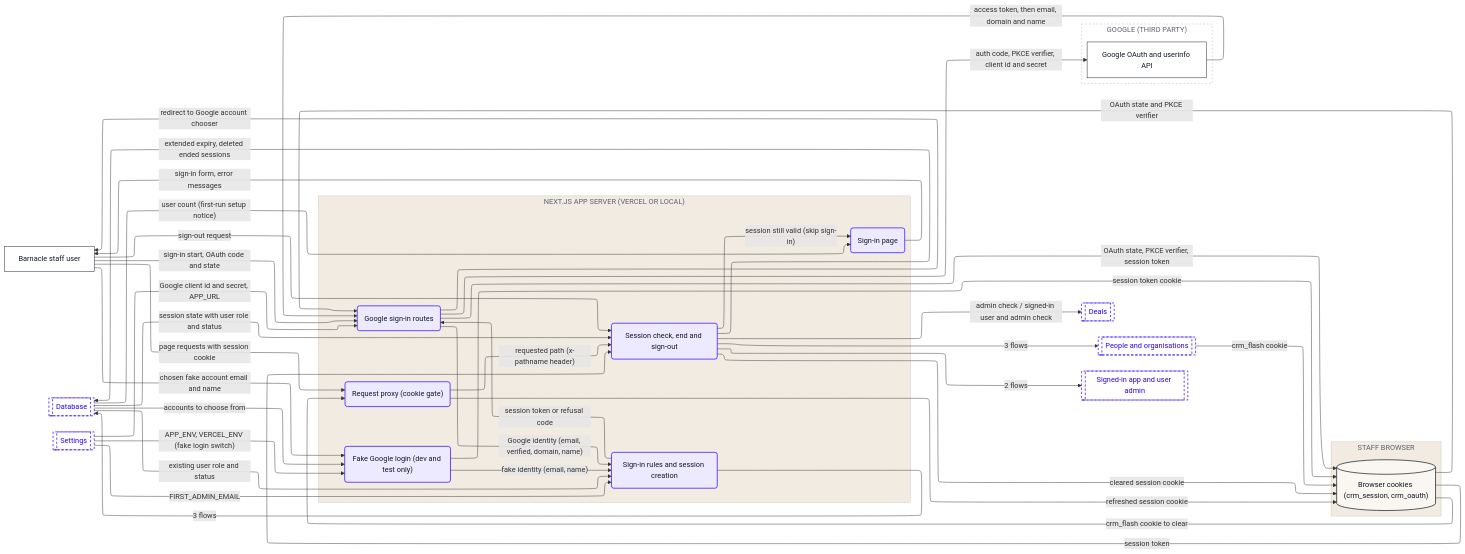
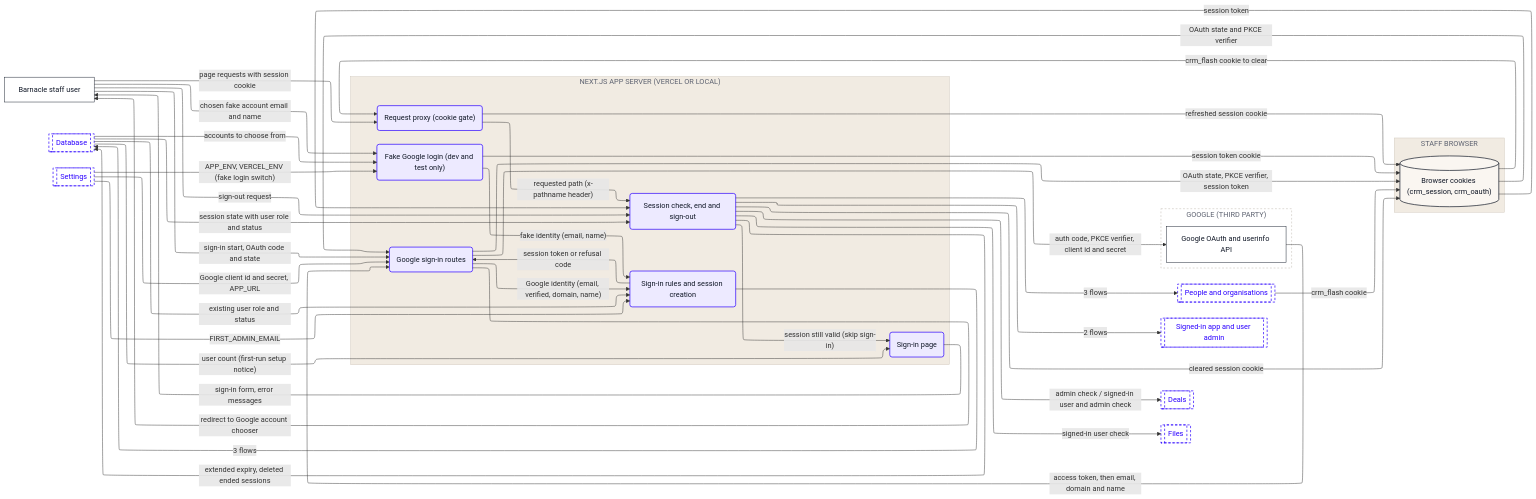
One commit to Romain-Perche/Barnacle-Pipe changed the tenth of 11 diagrams in dataflow/DATAFLOW.md. Above: the diagram before and after it, drawn with Mermaid. The commit also changed other lines of this file and 12 other files, not shown here.

````diff
--- a/dataflow/DATAFLOW.md
+++ b/dataflow/DATAFLOW.md
@@ -478,73 +553,75 @@
 ```mermaid
 ---
 config:
   layout: elk
 ---
 flowchart LR
     n1["Barnacle staff user"]
     subgraph z1["NEXT.JS APP SERVER (VERCEL OR LOCAL)"]
         n2("Sign-in rules and session creation")
         n3("Fake Google login (dev and test only)")
         n4("Google sign-in routes")
         n5("Request proxy (cookie gate)")
         n6("Session check, end and sign-out")
         n7("Sign-in page")
     end
     subgraph z2["STAFF BROWSER"]
         n8[("Browser cookies (crm_session, crm_oauth)")]
     end
     subgraph z3["GOOGLE (THIRD PARTY)"]
         n9["Google OAuth and userinfo API"]
     end
     n10[["Database"]]
     n11[["Deals"]]
-    n12[["People and organisations"]]
-    n13[["Settings"]]
-    n14[["Signed-in app and user admin"]]
+    n12[["Files"]]
+    n13[["People and organisations"]]
+    n14[["Settings"]]
+    n15[["Signed-in app and user admin"]]
     n8 -->|"OAuth state and PKCE verifier"| n4
     n8 -->|"crm_flash cookie to clear"| n5
     n8 -->|"session token"| n6
     n2 -->|"session token or refusal code"| n4
     n2 -->|"3 flows"| n10
-    n13 -->|"FIRST_ADMIN_EMAIL"| n2
-    n13 -->|"APP_ENV, VERCEL_ENV (fake login switch)"| n3
-    n13 -->|"Google client id and secret, APP_URL"| n4
+    n14 -->|"FIRST_ADMIN_EMAIL"| n2
+    n14 -->|"APP_ENV, VERCEL_ENV (fake login switch)"| n3
+    n14 -->|"Google client id and secret, APP_URL"| n4
     n3 -->|"session token cookie"| n8
     n3 -->|"fake identity (email, name)"| n2
     n4 -->|"OAuth state, PKCE verifier, session token"| n8
     n4 -->|"Google identity (email, verified, domain, name)"| n2
     n4 -->|"auth code, PKCE verifier, client id and secret"| n9
     n4 -->|"redirect to Google account chooser"| n1
     n9 -->|"access token, then email, domain and name"| n4
     n5 -->|"refreshed session cookie"| n8
     n5 -->|"requested path (x-pathname header)"| n6
-    n12 -->|"crm_flash cookie"| n8
-    n6 -->|"3 flows"| n12
-    n6 -->|"2 flows"| n14
+    n13 -->|"crm_flash cookie"| n8
+    n6 -->|"3 flows"| n13
+    n6 -->|"2 flows"| n15
     n6 -->|"cleared session cookie"| n8
     n6 -->|"admin check / signed-in user and admin check"| n11
+    n6 -->|"signed-in user check"| n12
     n6 -->|"extended expiry, deleted ended sessions"| n10
     n6 -->|"session still valid (skip sign-in)"| n7
     n10 -->|"session state with user role and status"| n6
     n7 -->|"sign-in form, error messages"| n1
     n1 -->|"chosen fake account email and name"| n3
     n1 -->|"sign-in start, OAuth code and state"| n4
     n1 -->|"page requests with session cookie"| n5
     n1 -->|"sign-out request"| n6
     n10 -->|"existing user role and status"| n2
     n10 -->|"accounts to choose from"| n3
     n10 -->|"user count (first-run setup notice)"| n7
     classDef actor fill:#FFFFFF,stroke:#111827,stroke-width:1px,color:#111827
     classDef process fill:#EDEAFF,stroke:#2B00FF,stroke-width:1.5px,color:#111827
     classDef store fill:#FAF6F1,stroke:#111827,stroke-width:1.5px,color:#111827
     classDef zone fill:#1A1A1A,stroke:#1A1A1A,color:#FFFFFF
     classDef group fill:#2B00FF,stroke:#2B00FF,color:#FFFFFF
     classDef stub fill:#FFFFFF,stroke:#2B00FF,stroke-width:1.5px,stroke-dasharray:5 4,color:#2B00FF
     class n1,n9 actor
     class n2,n3,n4,n5,n6,n7 process
     class n8 store
-    class n10,n11,n12,n13,n14 stub
+    class n10,n11,n12,n13,n14,n15 stub
     style z1 fill:#F1EBE2,stroke:#CFC7BB,color:#5D6270
     style z2 fill:#F1EBE2,stroke:#CFC7BB,color:#5D6270
     style z3 fill:#FFFFFF,stroke:#B9B2A8,stroke-dasharray:4 4,color:#5D6270
 ```
````
